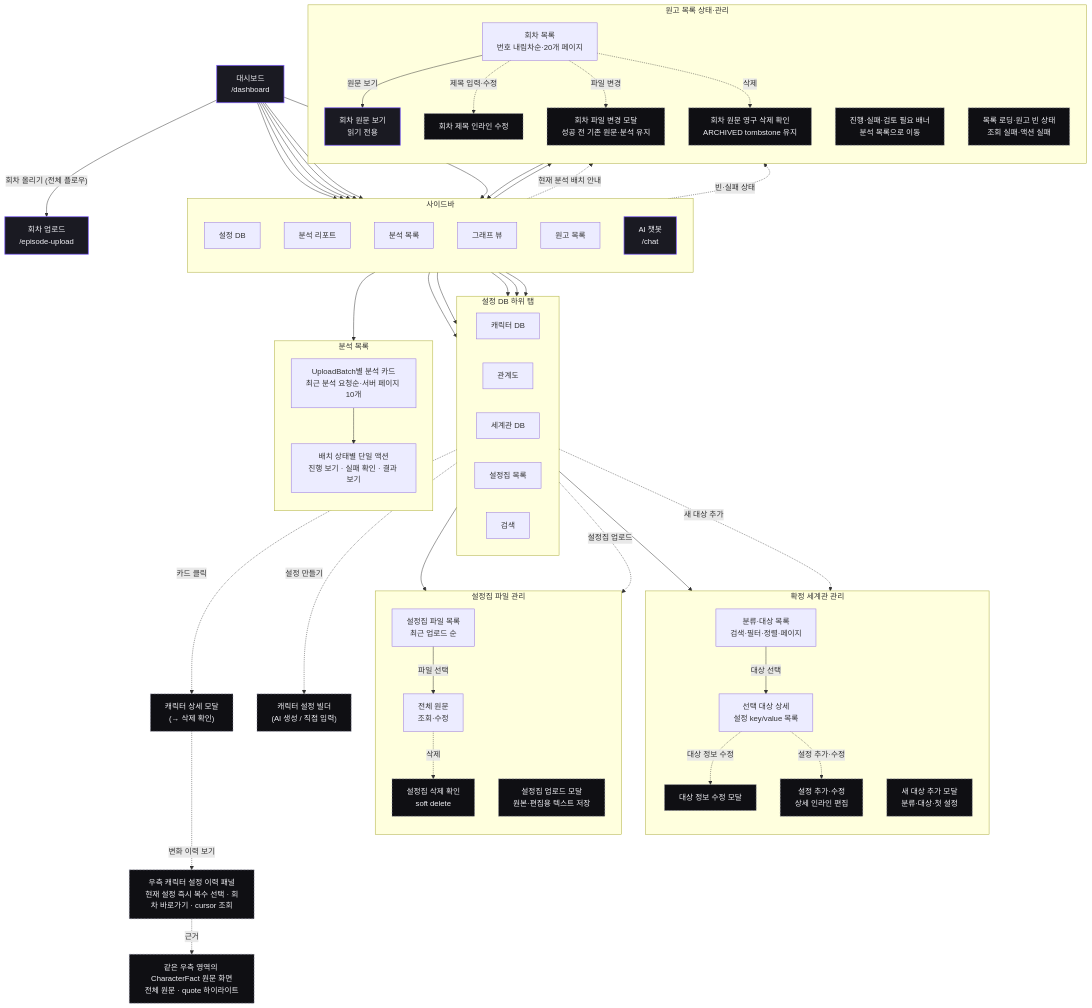
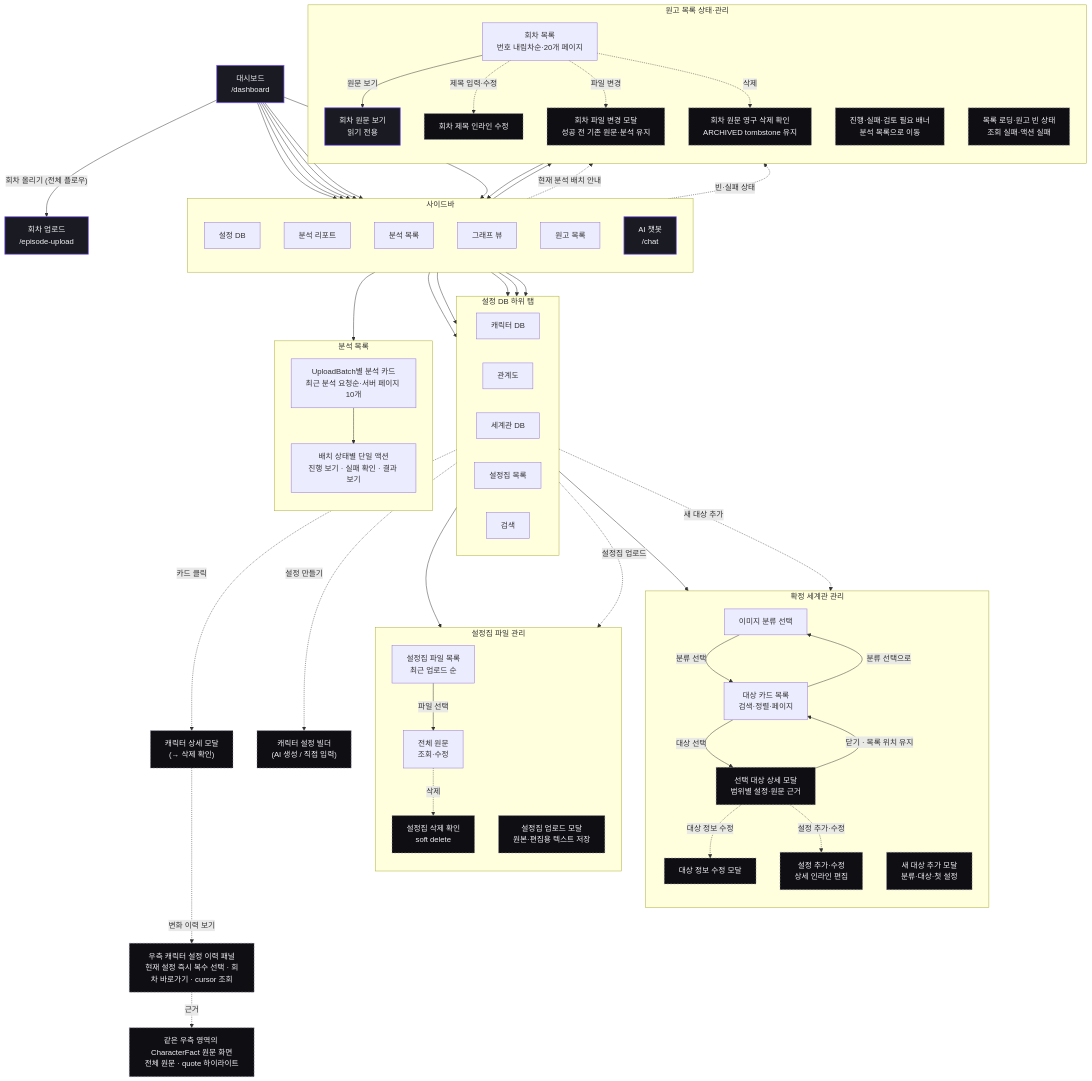
Before and after one commit to catchhole-soma/catchhole-front: the seventh of 12 diagrams in docs/screen-flow.md, drawn with Mermaid. The commit also changed other lines of this file and 48 other files, not shown here.

```diff
--- a/docs/screen-flow.md
+++ b/docs/screen-flow.md
@@ -396,15 +398,19 @@
 
   subgraph WORLD_SETTINGS["확정 세계관 관리"]
     direction TB
-    world_list["분류·대상 목록<br/>검색·필터·정렬·페이지"]
-    world_detail["선택 대상 상세<br/>설정 key/value 목록"]
+    world_categories["이미지 분류 선택"]
+    world_list["대상 카드 목록<br/>검색·정렬·페이지"]
+    world_detail["선택 대상 상세 모달<br/>범위별 설정·원문 근거"]:::modal
     world_create["새 대상 추가 모달<br/>분류·대상·첫 설정"]:::modal
     world_edit["대상 정보 수정 모달"]:::modal
     world_property["설정 추가·수정<br/>상세 인라인 편집"]:::modal
   end
 
-  t_worlddb --> world_list
+  t_worlddb --> world_categories
+  world_categories -- "분류 선택" --> world_list
+  world_list -- "분류 선택으로" --> world_categories
   world_list -- "대상 선택" --> world_detail
+  world_detail -- "닫기 · 목록 위치 유지" --> world_list
   t_worlddb -. "새 대상 추가" .-> world_create
   world_detail -. "대상 정보 수정" .-> world_edit
   world_detail -. "설정 추가·수정" .-> world_property
```
